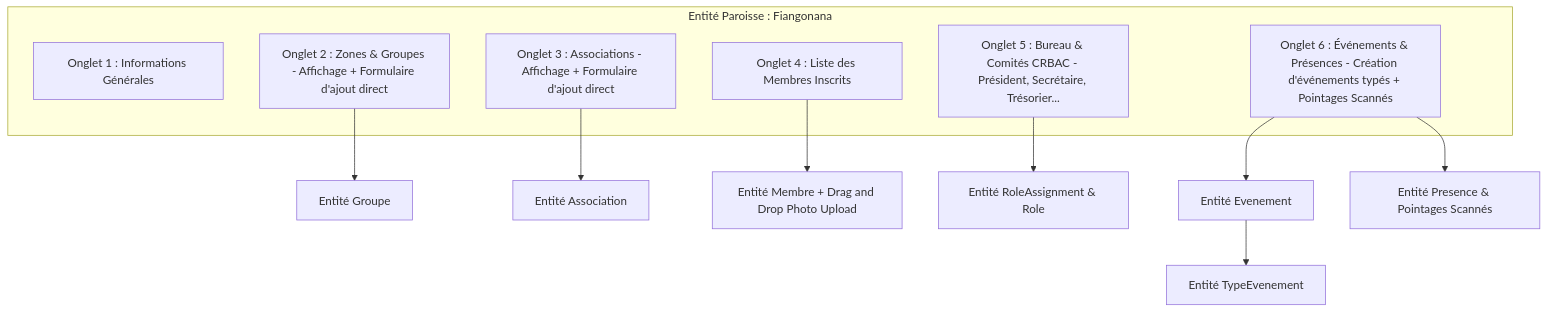
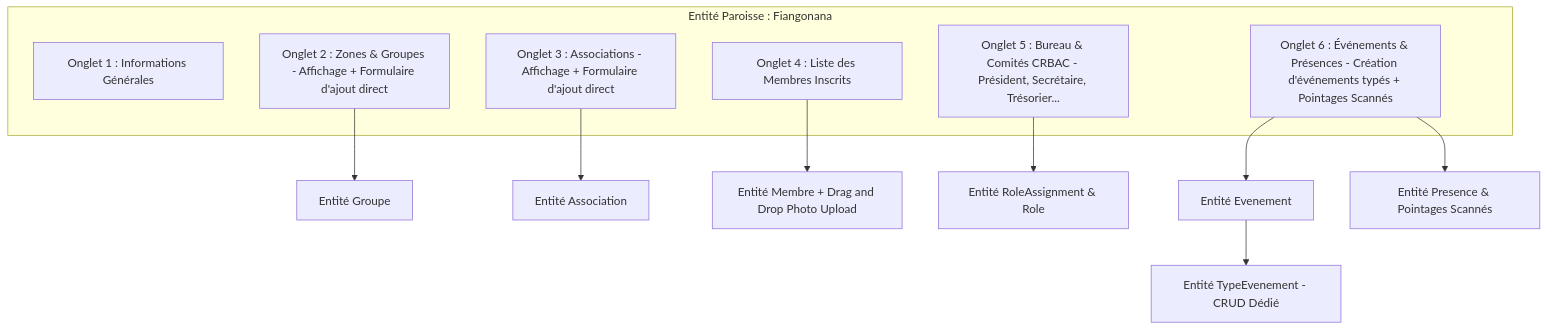
The first of 2 diagrams in docs/BACKOFFICE_SPECIFICATION.md (tounaf/iam-service), drawn with Mermaid before and after one commit. The commit also changed other lines of this file and 5 other files, not shown here.

Commit message:
feat: implement dedicated TypeEvenement CRUD management and complete backoffice

````diff
--- a/docs/BACKOFFICE_SPECIFICATION.md
+++ b/docs/BACKOFFICE_SPECIFICATION.md
@@ -29,19 +29,19 @@
 ```mermaid
 graph TD
     subgraph Structure[Entité Paroisse : Fiangonana]
         Tab1[Onglet 1 : Informations Générales]
         Tab2[Onglet 2 : Zones & Groupes - Affichage + Formulaire d'ajout direct]
         Tab3[Onglet 3 : Associations - Affichage + Formulaire d'ajout direct]
         Tab4[Onglet 4 : Liste des Membres Inscrits]
         Tab5[Onglet 5 : Bureau & Comités CRBAC - Président, Secrétaire, Trésorier...]
         Tab6[Onglet 6 : Événements & Présences - Création d'événements typés + Pointages Scannés]
     end
 
     Tab2 --> GroupeEntity[Entité Groupe]
     Tab3 --> AssociationEntity[Entité Association]
     Tab4 --> MembreEntity[Entité Membre + Drag and Drop Photo Upload]
     Tab5 --> RoleAssignmentEntity[Entité RoleAssignment & Role]
     Tab6 --> EvenementEntity[Entité Evenement]
-    EvenementEntity --> TypeEvenementEntity[Entité TypeEvenement]
+    EvenementEntity --> TypeEvenementEntity[Entité TypeEvenement - CRUD Dédié]
     Tab6 --> PresenceEntity[Entité Presence & Pointages Scannés]
 ```
````
